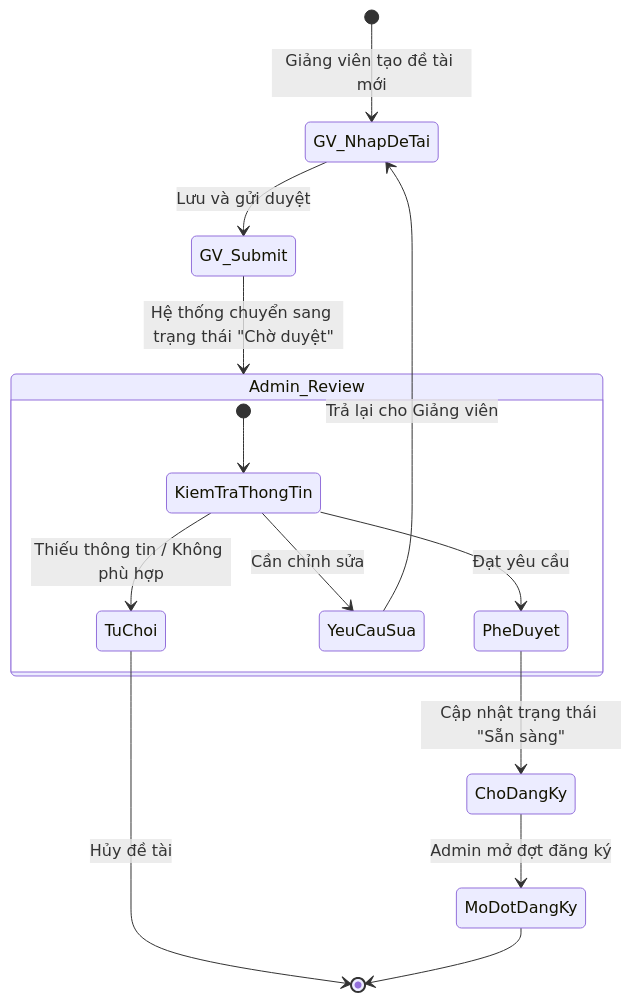
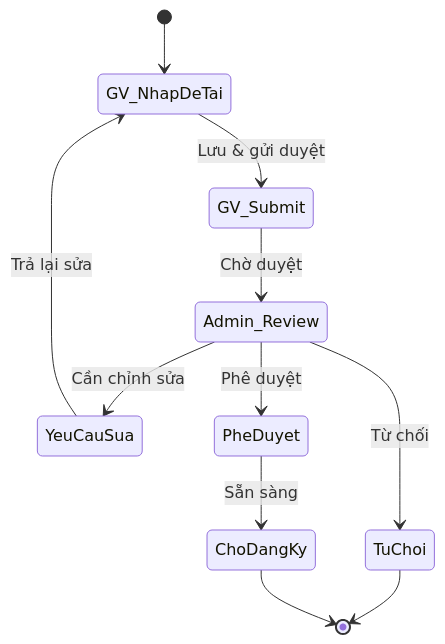
The fifth of 10 diagrams in diagrams_research_thesis_portal.md (QuocVu00/luu-tam), drawn with Mermaid before and after one commit. The commit also changed other lines of this file, not shown here.

Commit message:
Fix Mermaid diagrams to render correctly in GitHub preview and update the markdown document.

````diff
--- a/diagrams_research_thesis_portal.md
+++ b/diagrams_research_thesis_portal.md
@@ -139,20 +153,15 @@
 ```mermaid
 stateDiagram-v2
-    [*] --> GV_NhapDeTai : Giảng viên tạo đề tài mới
-    GV_NhapDeTai --> GV_Submit : Lưu và gửi duyệt
-    GV_Submit --> Admin_Review : Hệ thống chuyển sang trạng thái "Chờ duyệt"
+    [*] --> GV_NhapDeTai
+    GV_NhapDeTai --> GV_Submit: Lưu & gửi duyệt
+    GV_Submit --> Admin_Review: Chờ duyệt
 
-    state Admin_Review {
-        [*] --> KiemTraThongTin
-        KiemTraThongTin --> TuChoi : Thiếu thông tin / Không phù hợp
-        KiemTraThongTin --> YeuCauSua : Cần chỉnh sửa
-        KiemTraThongTin --> PheDuyet : Đạt yêu cầu
-    }
+    Admin_Review --> TuChoi: Từ chối
+    Admin_Review --> YeuCauSua: Cần chỉnh sửa
+    Admin_Review --> PheDuyet: Phê duyệt
 
-    TuChoi --> [*] : Hủy đề tài
-    YeuCauSua --> GV_NhapDeTai : Trả lại cho Giảng viên
-    PheDuyet --> ChoDangKy : Cập nhật trạng thái "Sẵn sàng"
-
-    ChoDangKy --> MoDotDangKy : Admin mở đợt đăng ký
-    MoDotDangKy --> [*]
+    TuChoi --> [*]
+    YeuCauSua --> GV_NhapDeTai: Trả lại sửa
+    PheDuyet --> ChoDangKy: Sẵn sàng
+    ChoDangKy --> [*]
 ```
````
